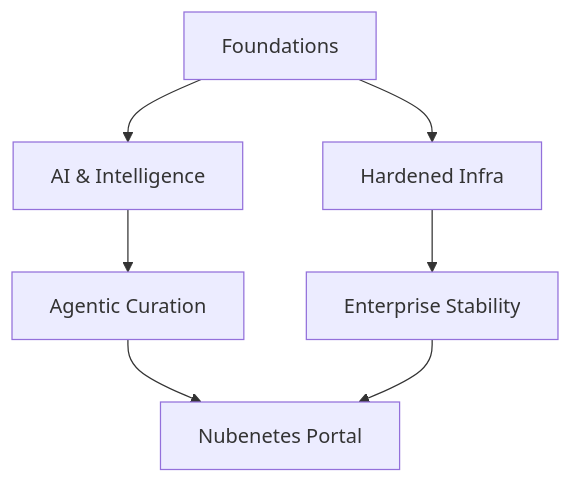
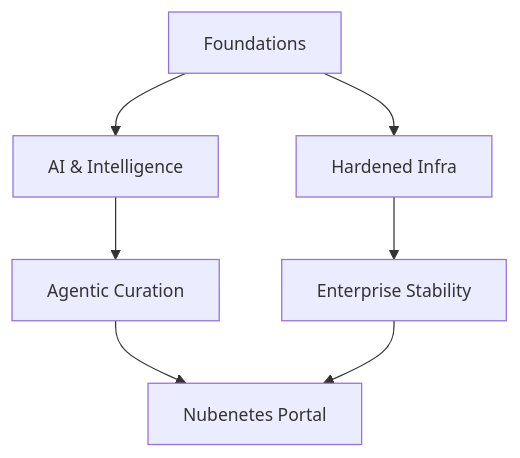
The diagram in v2-docs/introduction.md (nubenetes/awesome-kubernetes), drawn with Mermaid before and after one commit. The commit also changed 6 other files, not shown here.

Commit message:
fix(v2): fix Mermaid 11 SVG box sizing in MkDocs Material & keep permanent Video Hub banner link

````diff
--- a/v2-docs/introduction.md
+++ b/v2-docs/introduction.md
@@ -29,9 +29,10 @@
 ```mermaid
+%%{init: {'themeVariables': {'fontSize': '14px'}, 'flowchart': {'htmlLabels': false, 'padding': 14}}}%%
 graph TD
-    A[Foundations] --> B[AI & Intelligence]
-    A --> C[Hardened Infra]
-    B --> D[Agentic Curation]
-    C --> E[Enterprise Stability]
-    D --> F[Nubenetes Portal]
+    A["Foundations"] --> B["AI & Intelligence"]
+    A --> C["Hardened Infra"]
+    B --> D["Agentic Curation"]
+    C --> E["Enterprise Stability"]
+    D --> F["Nubenetes Portal"]
     E --> F
 ```
````
